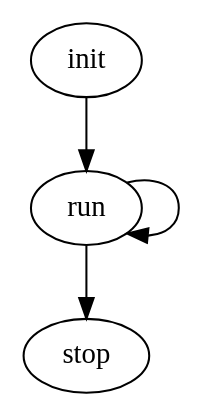
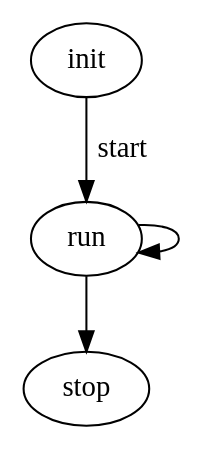
The diagram in simple.dot (pbosetti/gv_fsm), drawn with Graphviz before and after one commit. The commit also changed 8 other files, not shown here.

```diff
--- a/simple.dot
+++ b/simple.dot
@@ -1,5 +1,5 @@
 digraph "simple" {
-  init -> run
+  init -> run [label="start"]
   run -> run
   run -> stop
 }
```
